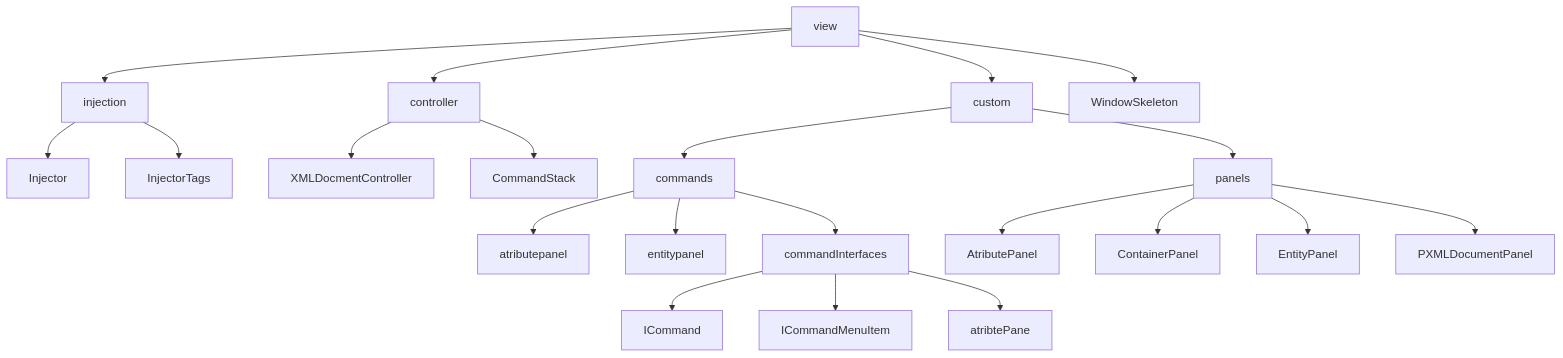
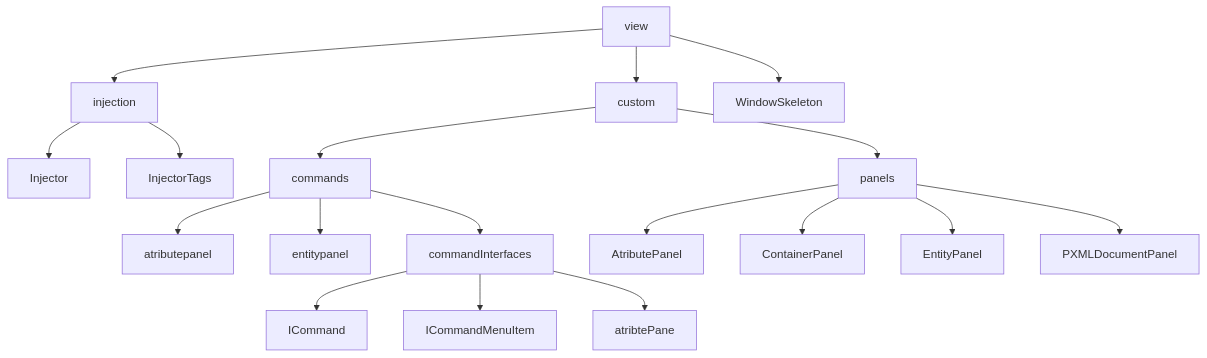
The sixth of 8 diagrams in README.md (JoaoAlmeida-dev/XML-Generator-API-AdvancedProgramming), drawn with Mermaid before and after one commit. The commit also changed other lines of this file, not shown here.

````diff
--- a/README.md
+++ b/README.md
@@ -285,28 +285,25 @@
 ```mermaid
 graph TD;
    view --> custom
    view --> injection
-   view --> controller
    view --> WindowSkeleton
    
    injection --> Injector
    injection --> InjectorTags
    
-   controller --> XMLDocmentController
-   controller --> CommandStack
    
    custom --> commands
    commands --> atributepanel
    commands --> entitypanel 
    commands --> commandInterfaces
    commandInterfaces --> ICommand
    commandInterfaces --> ICommandMenuItem
    commandInterfaces --> atribtePane
    
    custom --> panels
    panels --> AtributePanel
    panels --> ContainerPanel
    panels --> EntityPanel
    panels --> PXMLDocumentPanel
    
 ```
````
